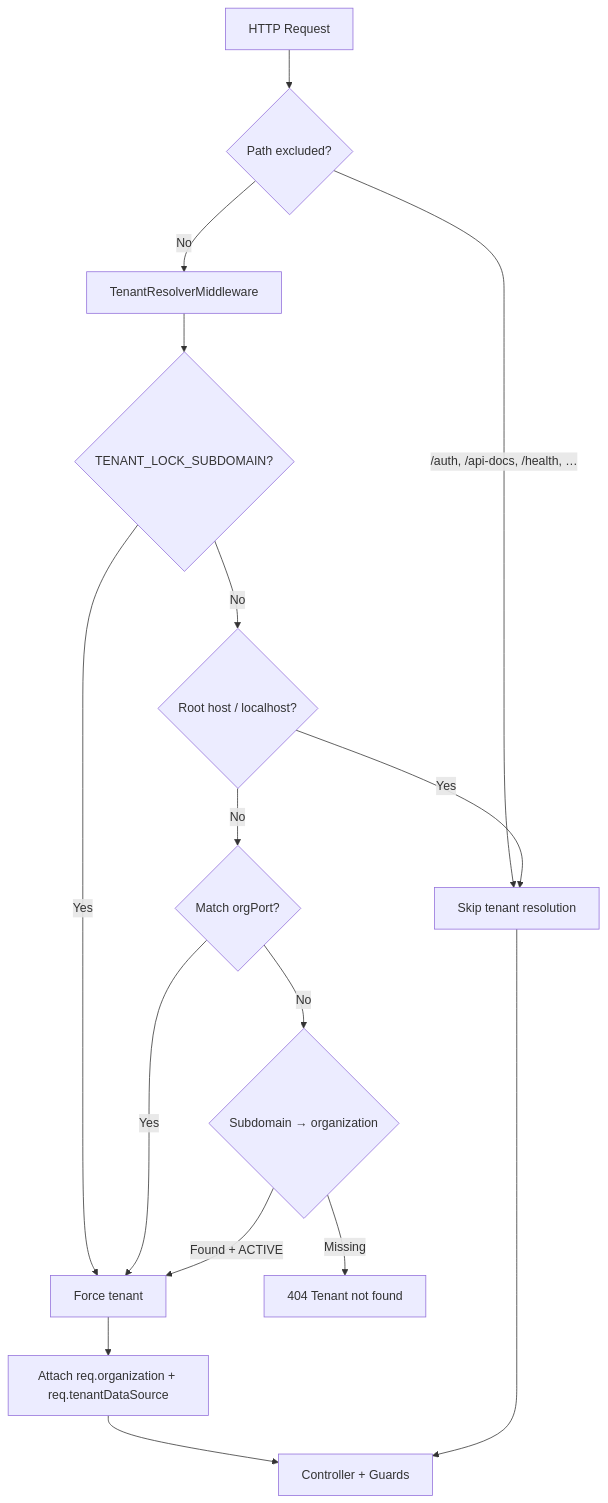
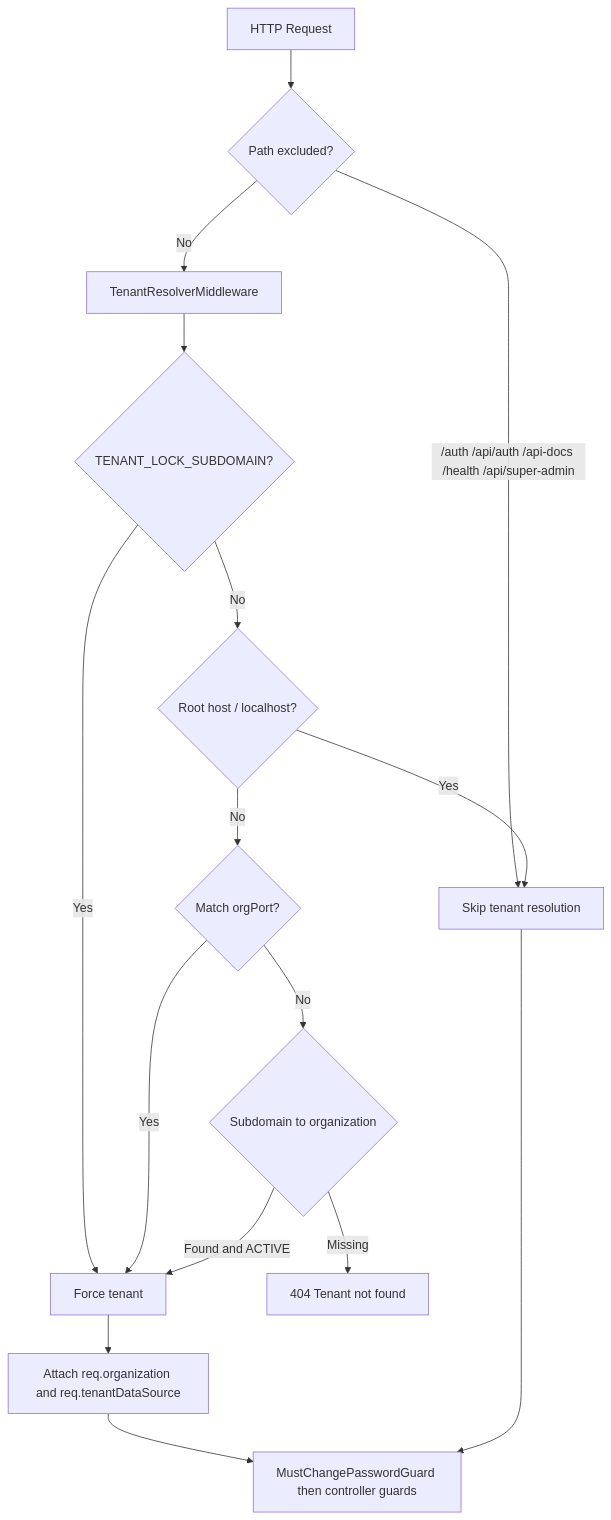
The diagram in BACKEND.md (munshadali1991/ghoulhr-backend), drawn with Mermaid before and after one commit. The commit also changed other lines of this file and 20 other files, not shown here.

Commit message:
feat(ess): add attendance regularization with manager approve/reject flow

````diff
--- a/BACKEND.md
+++ b/BACKEND.md
@@ -58,18 +82,18 @@
 ```mermaid
 flowchart TD
   A[HTTP Request] --> B{Path excluded?}
-  B -->|/auth, /api-docs, /health, …| C[Skip tenant resolution]
+  B -->|/auth /api/auth /api-docs /health /api/super-admin| C[Skip tenant resolution]
   B -->|No| D[TenantResolverMiddleware]
   D --> E{TENANT_LOCK_SUBDOMAIN?}
   E -->|Yes| F[Force tenant]
   E -->|No| G{Root host / localhost?}
   G -->|Yes| C
   G -->|No| H{Match orgPort?}
   H -->|Yes| F
-  H -->|No| I{Subdomain → organization}
-  I -->|Found + ACTIVE| F
+  H -->|No| I{Subdomain to organization}
+  I -->|Found and ACTIVE| F
   I -->|Missing| J[404 Tenant not found]
-  F --> K[Attach req.organization + req.tenantDataSource]
-  K --> L[Controller + Guards]
+  F --> K[Attach req.organization and req.tenantDataSource]
+  K --> L[MustChangePasswordGuard then controller guards]
   C --> L
 ```
````
